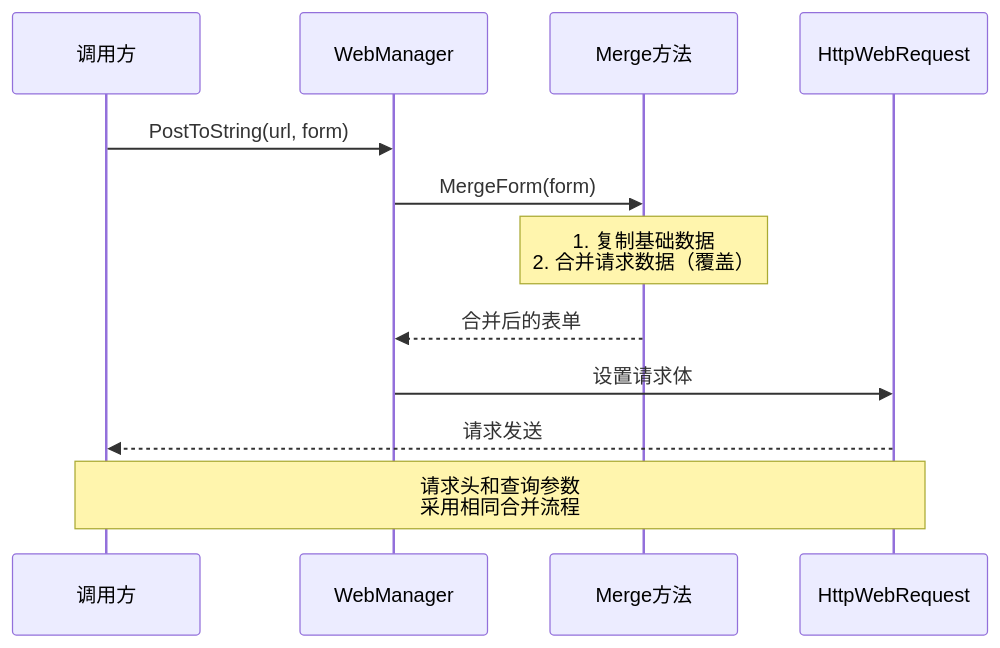
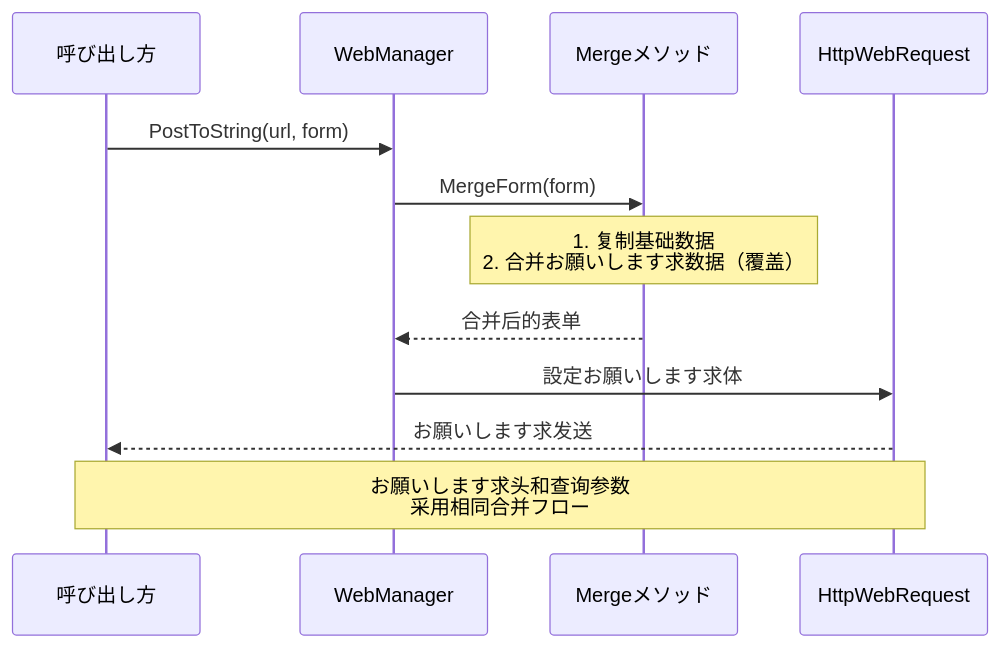
The second of 3 diagrams in docs/ja/client/unity/component/web/07.base-data.md (AlianBlank/GameFrameX.Docs), drawn with Mermaid before and after one commit. The commit also changed other lines of this file and 603 other files, not shown here.

````diff
--- a/docs/ja/client/unity/component/web/07.base-data.md
+++ b/docs/ja/client/unity/component/web/07.base-data.md
@@ -150,18 +150,18 @@
 ```mermaid
 sequenceDiagram
-    participant Client as 调用方
+    participant Client as 呼び出し方
     participant WM as WebManager
-    participant Merge as Merge方法
+    participant Merge as Mergeメソッド
     participant Req as HttpWebRequest
 
     Client->>WM: PostToString(url, form)
     WM->>Merge: MergeForm(form)
     
-    Note over Merge: 1. 复制基础数据<br/>2. 合并请求数据（覆盖）
+    Note over Merge: 1. 复制基础数据<br/>2. 合并お願いします求数据（覆盖）
     Merge-->>WM: 合并后的表单
     
-    WM->>Req: 设置请求体
-    Req-->>Client: 请求发送
+    WM->>Req: 設定お願いします求体
+    Req-->>Client: お願いします求发送
     
-    Note over Client,Req: 请求头和查询参数<br/>采用相同合并流程
+    Note over Client,Req: お願いします求头和查询参数<br/>采用相同合并フロー
 ```
````
